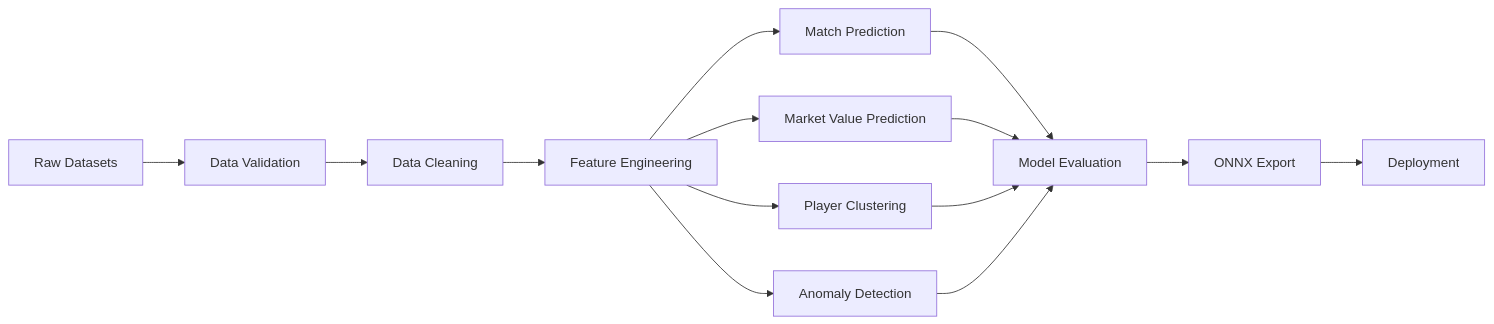
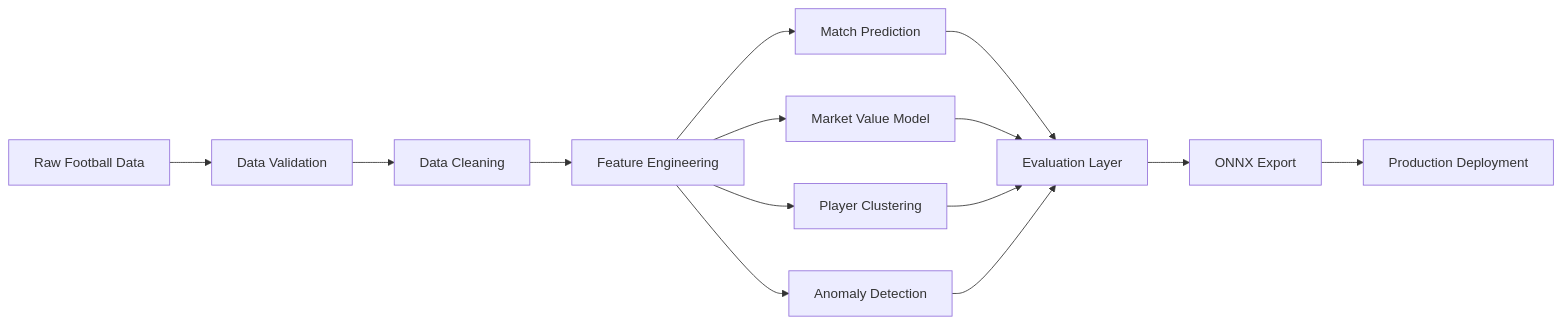
One commit to sai-ganesh-4539/StatVault changed the first of 4 diagrams in README.md. Above: the diagram before and after it, drawn with Mermaid. The commit also changed other lines of this file, not shown here.

````diff
--- a/README.md
+++ b/README.md
@@ -50,27 +50,25 @@
 ```mermaid
-graph LR
+flowchart LR
 
-A[Raw Datasets]
---> B[Data Validation]
+A[Raw Football Data]
+
+A --> B[Data Validation]
 
 B --> C[Data Cleaning]
 
 C --> D[Feature Engineering]
 
 D --> E[Match Prediction]
-
-D --> F[Market Value Prediction]
-
+D --> F[Market Value Model]
 D --> G[Player Clustering]
-
 D --> H[Anomaly Detection]
 
-E --> I[Model Evaluation]
+E --> I[Evaluation Layer]
 F --> I
 G --> I
 H --> I
 
 I --> J[ONNX Export]
 
-J --> K[Deployment]
+J --> K[Production Deployment]
 ```
````
